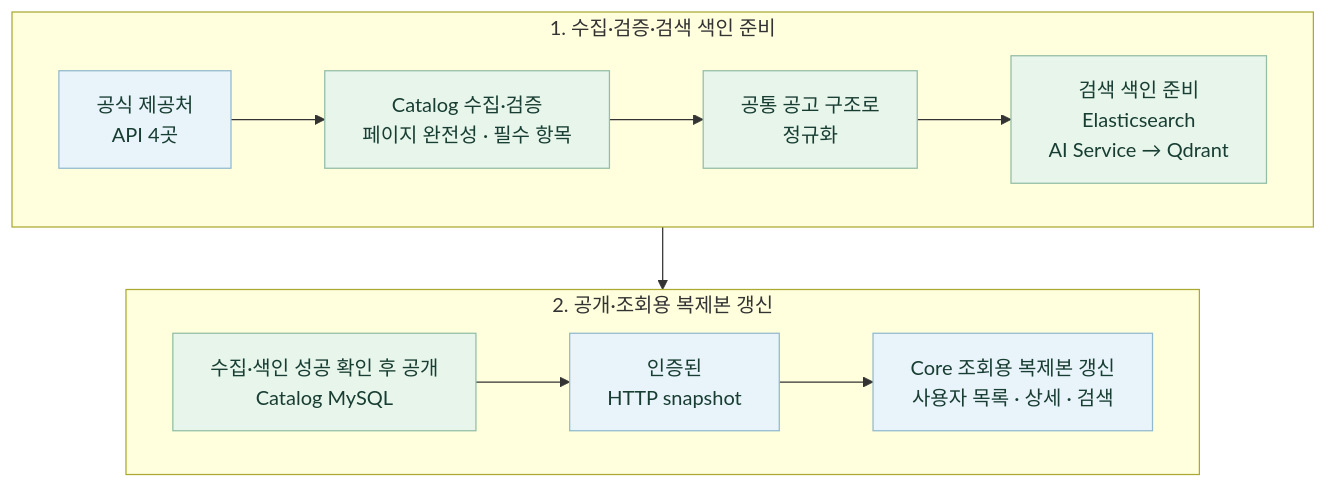
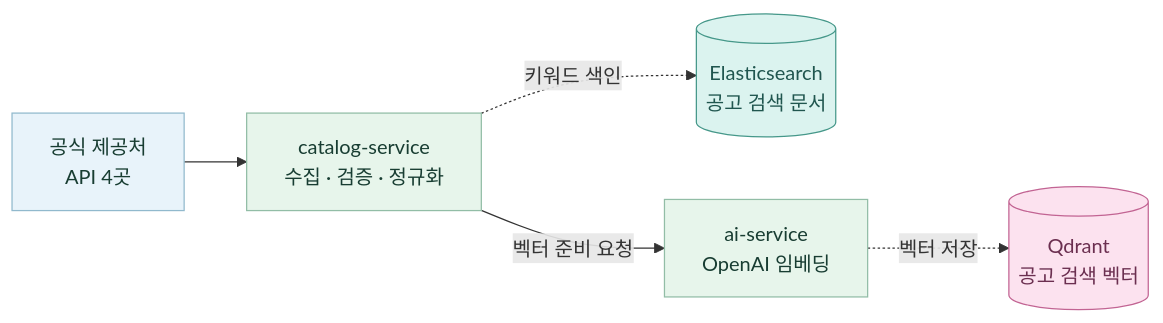
Before and after one commit to 20220348-kim/SKN34-4th-1Team: the ninth of 17 diagrams in README.md, drawn with Mermaid. The commit also changed other lines of this file and 1 other file, not shown here.

````diff
--- a/README.md
+++ b/README.md
@@ -403,19 +396,15 @@
 ```mermaid
-flowchart TB
-    subgraph Preparation["1. 수집·검증·검색 색인 준비"]
-        direction LR
-        Source["공식 제공처<br/>API 4곳"] --> Collect["Catalog 수집·검증<br/>페이지 완전성 · 필수 항목"]
-        Collect --> Normalize["공통 공고 구조로<br/>정규화"]
-        Normalize --> Index["검색 색인 준비<br/>Elasticsearch<br/>AI Service → Qdrant"]
-    end
-    subgraph Publication["2. 공개·조회용 복제본 갱신"]
-        direction LR
-        Publish["수집·색인 성공 확인 후 공개<br/>Catalog MySQL"] --> Snapshot["인증된<br/>HTTP snapshot"]
-        Snapshot --> Core["Core 조회용 복제본 갱신<br/>사용자 목록 · 상세 · 검색"]
-    end
-    Preparation --> Publication
-    classDef step fill:#e7f5eb,stroke:#92bda6,color:#183d32
-    classDef boundary fill:#e8f3fa,stroke:#91b9cd,color:#183d32
-    class Collect,Normalize,Index,Publish step
-    class Source,Snapshot,Core boundary
+flowchart LR
+    Source["공식 제공처<br/>API 4곳"] --> Catalog["catalog-service<br/>수집 · 검증 · 정규화"]
+    Catalog -. 키워드 색인 .-> Elastic[("Elasticsearch<br/>공고 검색 문서")]
+    Catalog -->|벡터 준비 요청| AI["ai-service<br/>OpenAI 임베딩"]
+    AI -. 벡터 저장 .-> Qdrant[("Qdrant<br/>공고 검색 벡터")]
+    classDef client fill:#e8f3fa,stroke:#91b9cd,color:#183d32
+    classDef service fill:#e7f5eb,stroke:#92bda6,color:#183d32
+    classDef vectorDb fill:#fce2ef,stroke:#c26493,color:#6b2f50
+    classDef searchIndex fill:#dbf3ef,stroke:#46988a,color:#20564f
+    class Source client
+    class Catalog,AI service
+    class Qdrant vectorDb
+    class Elastic searchIndex
 ```
````
